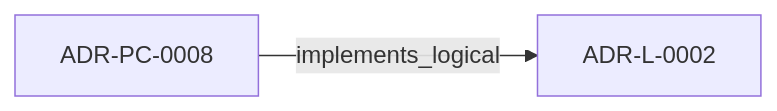
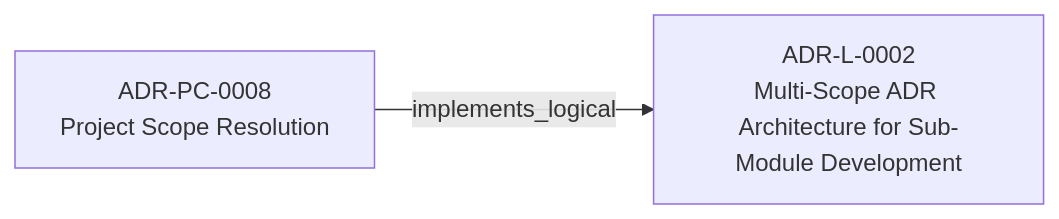
One commit to egallmann/adr-architecture-kit changed the first of 2 diagrams in adrs/adr-projection/physical-component/ADR-PC-0008-project-scope-resolution.md. Above: the diagram before and after it, drawn with Mermaid. The commit also changed other lines of this file and 35 other files, not shown here.

````diff
--- a/adrs/adr-projection/physical-component/ADR-PC-0008-project-scope-resolution.md
+++ b/adrs/adr-projection/physical-component/ADR-PC-0008-project-scope-resolution.md
@@ -30,6 +54,6 @@
 ```mermaid
 flowchart LR
-  n_019fee89_e615_7f19_810b_c7b33a9d9e0d["ADR-L-0002"]
-  n_01a048d8_454a_7464_bcaa_718fa77bed6a["ADR-PC-0008"]
+  n_019fee89_e615_7f19_810b_c7b33a9d9e0d["ADR-L-0002<br/>Multi-Scope ADR Architecture for Sub-Module Development"]
+  n_01a048d8_454a_7464_bcaa_718fa77bed6a["ADR-PC-0008<br/>Project Scope Resolution"]
   n_01a048d8_454a_7464_bcaa_718fa77bed6a -->|"implements_logical"| n_019fee89_e615_7f19_810b_c7b33a9d9e0d
 ```
````
